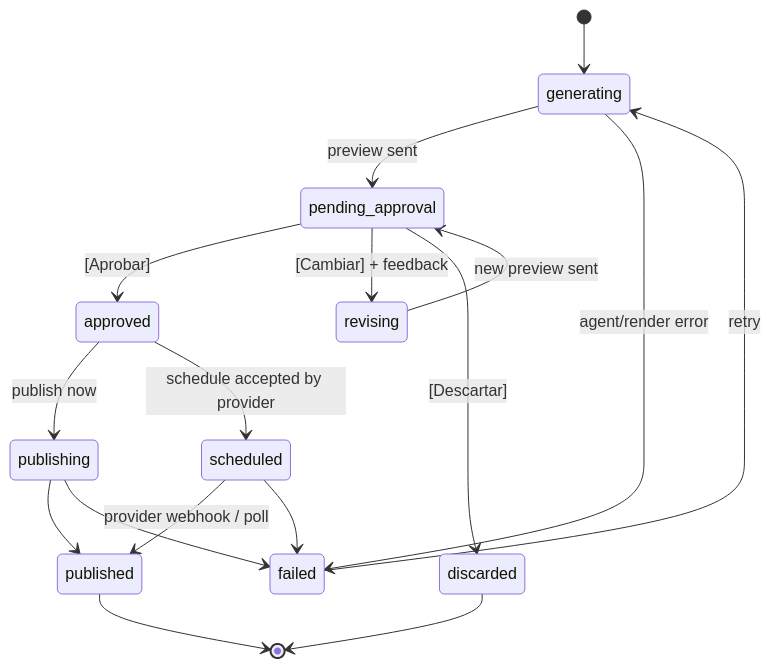
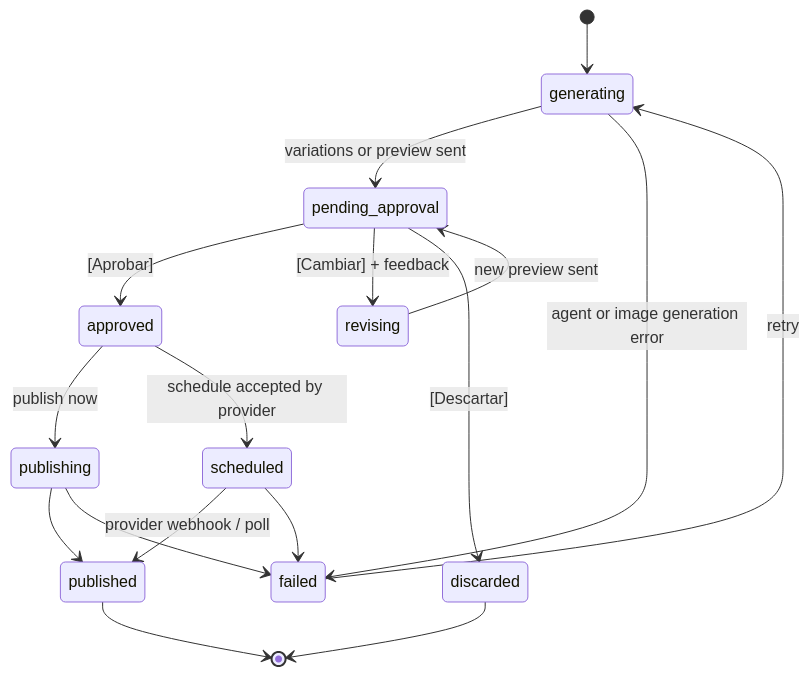
One commit to Dimple6114/build101 changed the second of 2 diagrams in docs/product/user-flows.md. Above: the diagram before and after it, drawn with Mermaid. The commit also changed other lines of this file and 66 other files, not shown here.

````diff
--- a/docs/product/user-flows.md
+++ b/docs/product/user-flows.md
@@ -35,19 +35,19 @@
 ```mermaid
 stateDiagram-v2
     [*] --> generating
-    generating --> pending_approval: preview sent
-    generating --> failed: agent/render error
+    generating --> pending_approval: variations or preview sent
+    generating --> failed: agent or image generation error
     pending_approval --> approved: [Aprobar]
     pending_approval --> revising: [Cambiar] + feedback
     pending_approval --> discarded: [Descartar]
     revising --> pending_approval: new preview sent
     approved --> publishing: publish now
     approved --> scheduled: schedule accepted by provider
     scheduled --> published: provider webhook / poll
     publishing --> published
     publishing --> failed
     scheduled --> failed
     failed --> generating: retry
     published --> [*]
     discarded --> [*]
 ```
````
